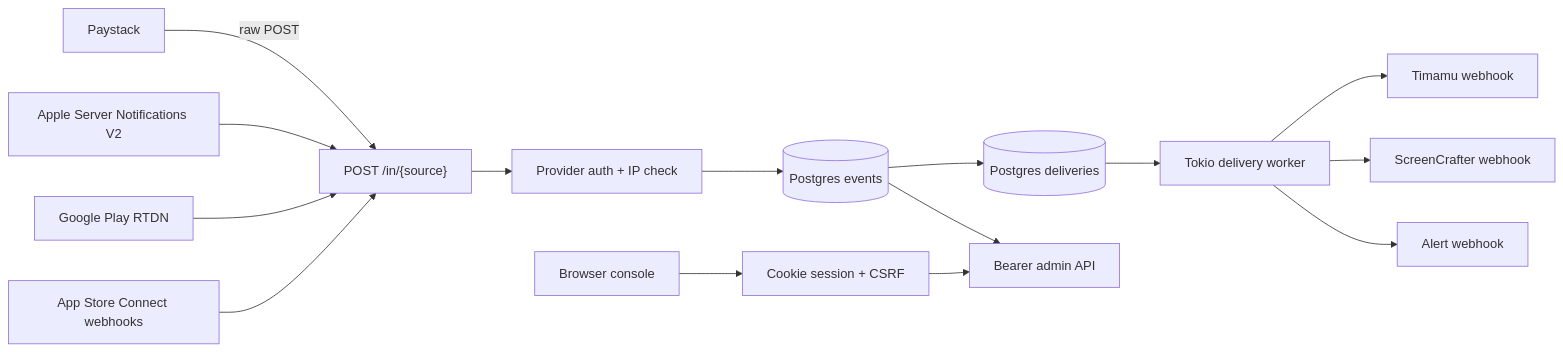
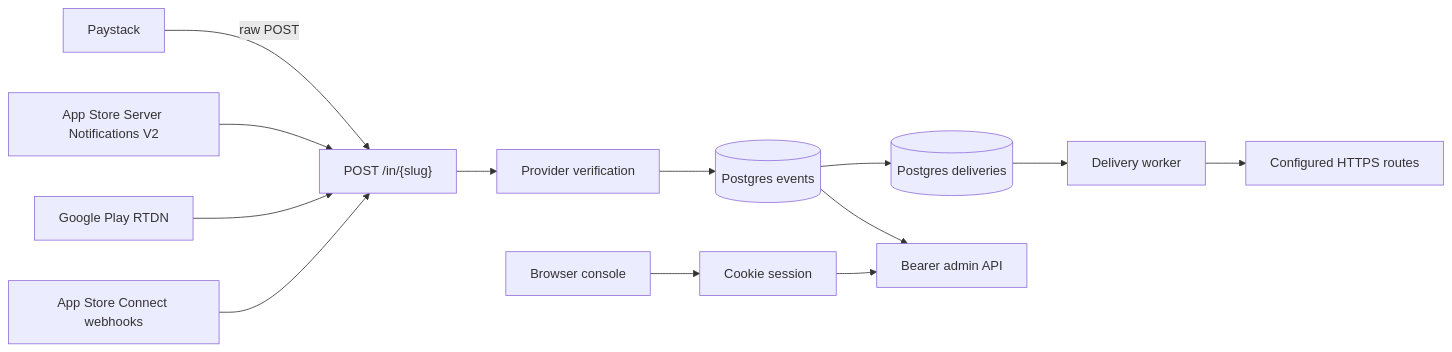
The diagram in README.md (vant-labs/hooks-fanout), drawn with Mermaid before and after one commit. The commit also changed other lines of this file, not shown here.

````diff
--- a/README.md
+++ b/README.md
@@ -14,17 +17,15 @@
 ```mermaid
 flowchart LR
-    P[Paystack] -->|raw POST| I["POST /in/{source}"]
-    AS[Apple Server Notifications V2] --> I
+    P[Paystack] -->|raw POST| I["POST /in/{slug}"]
+    AS[App Store Server Notifications V2] --> I
     GP[Google Play RTDN] --> I
     AC[App Store Connect webhooks] --> I
-    I --> V[Provider auth + IP check]
+    I --> V[Provider verification]
     V --> D[(Postgres events)]
     D --> Q[(Postgres deliveries)]
-    Q --> W[Tokio delivery worker]
-    W --> T[Timamu webhook]
-    W --> S[ScreenCrafter webhook]
-    W --> A[Alert webhook]
+    Q --> W[Delivery worker]
+    W --> T[Configured HTTPS routes]
     D --> AD[Bearer admin API]
-    B[Browser console] --> H[Cookie session + CSRF]
+    B[Browser console] --> H[Cookie session]
     H --> AD
 ```
````
